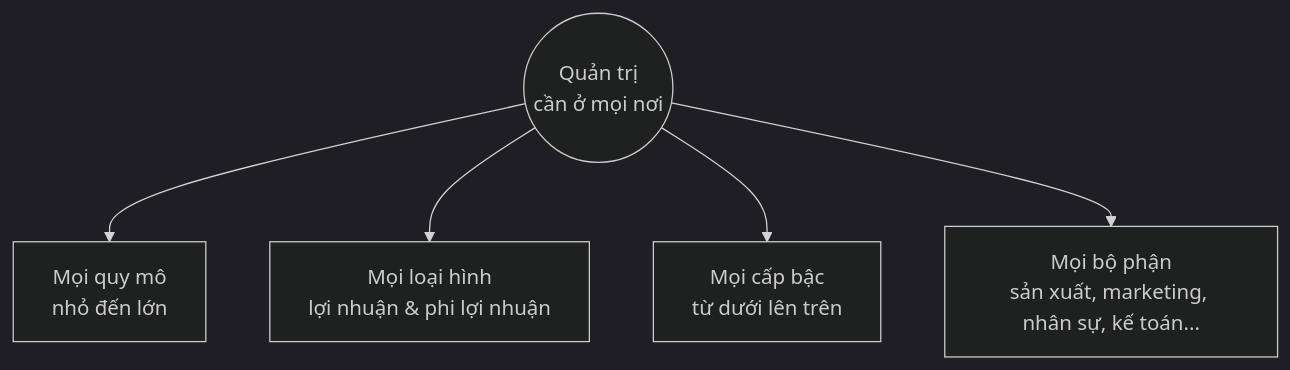
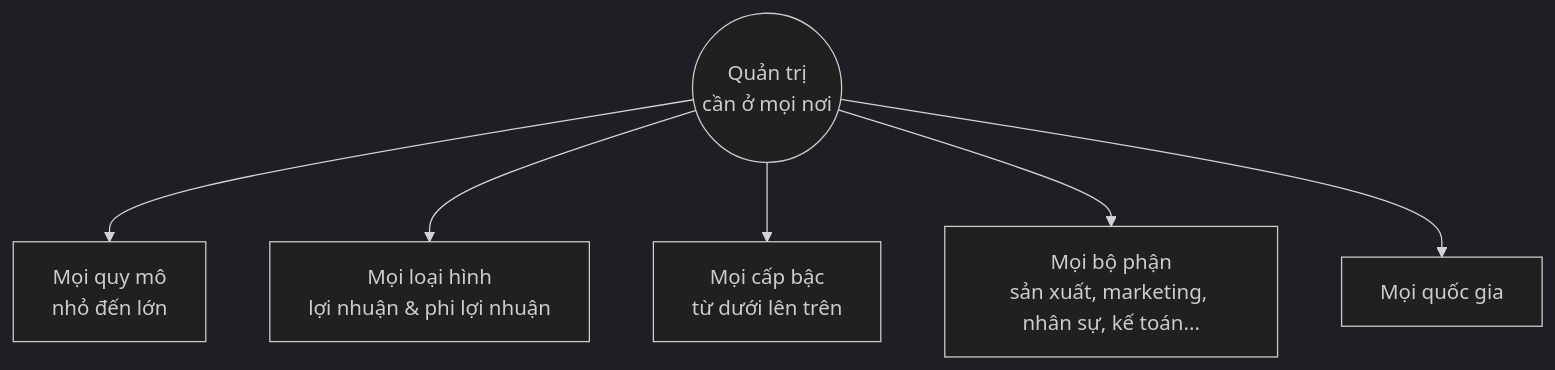
The third of 3 diagrams in content/learn/itm/bai-1.md (khanhnd2208/webofficial), drawn with Mermaid (dark theme) before and after one commit. The commit also changed other lines of this file and 29 other files, not shown here.

````diff
--- a/content/learn/itm/bai-1.md
+++ b/content/learn/itm/bai-1.md
@@ -299,7 +456,8 @@
 ```mermaid
 flowchart TD
     M(("Quản trị<br/>cần ở mọi nơi")) --> A["Mọi quy mô<br/>nhỏ đến lớn"]
     M --> B["Mọi loại hình<br/>lợi nhuận & phi lợi nhuận"]
     M --> C["Mọi cấp bậc<br/>từ dưới lên trên"]
     M --> D["Mọi bộ phận<br/>sản xuất, marketing, nhân sự, kế toán..."]
+    M --> E["Mọi quốc gia"]
 ```
````
